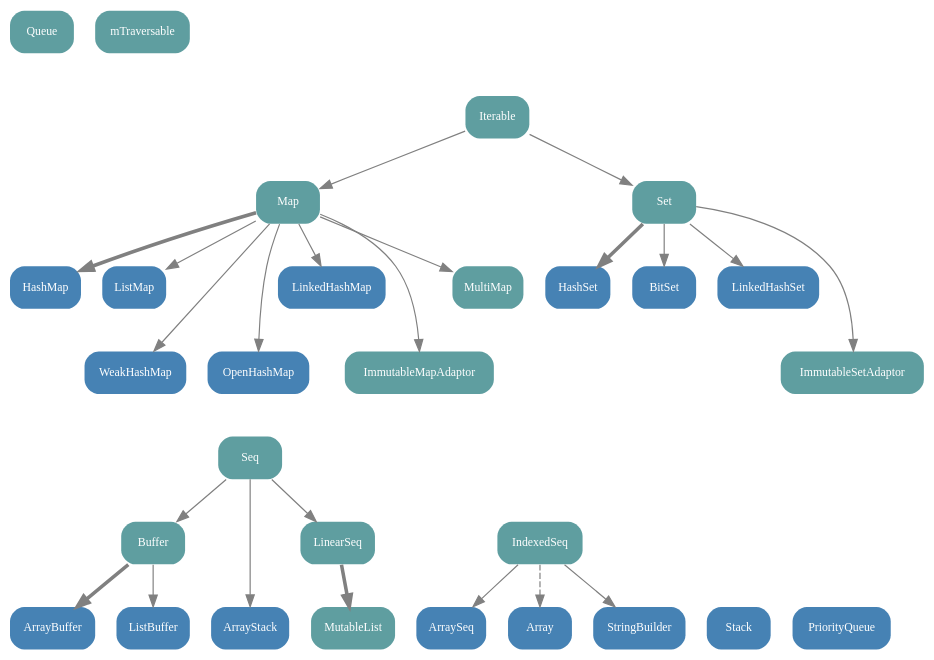
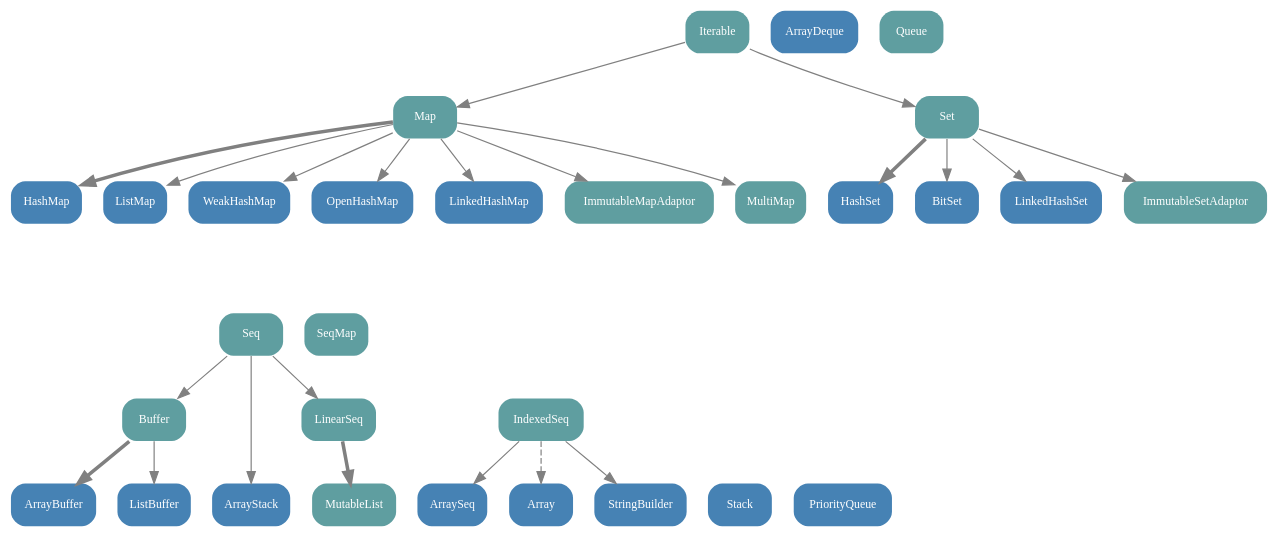
Before and after one commit to er1c/scala-collections-charts: the diagram in src/scala.collection.mutable.gv, drawn with Graphviz. The commit also changed 4 other files, not shown here.

```diff
--- a/src/scala.collection.mutable.gv
+++ b/src/scala.collection.mutable.gv
@@ -1,76 +1,79 @@
 // dot graphs for the Scala 2.13 Collections API
 // package scala.collection.mutable
 // (C) 2010 by Mathias
+// (C) 2015 and 2019 by Mike Slinn
 
+// Traversable removed because it was deprecated in Scala 2.13
 digraph "scala.collection.mutable" {
   bgcolor=transparent
   dpi=68
 
   // layout help
   node [shape=point, style=invis]
   edge [style=invis]
   Level0 -> Level1 -> Level2 -> Level3 -> Level4 -> Level5 -> Level6 -> Level7 -> Level8 -> Level9
 
   // node definitions
   node [shape=box, style="rounded, filled", fontname=tahoma, fontsize=10, fontcolor=white, color=none, fillcolor=cadetblue]
   mIterable [label="Iterable", URL="http://www.scala-lang.org/api/current/scala/collection/mutable/Iterable.html"]
     mMap [label="Map", URL="http://www.scala-lang.org/api/current/scala/collection/mutable/Map.html"]
       mHashMap [fillcolor="steelblue", label="HashMap", URL="http://www.scala-lang.org/api/current/scala/collection/mutable/HashMap.html"]
       mListMap [fillcolor="steelblue", label="HashMap", URL="http://www.scala-lang.org/api/current/scala/collection/mutable/ListMap.html"]
       WeakHashMap [fillcolor="steelblue", URL="http://www.scala-lang.org/api/current/scala/collection/mutable/WeakHashMap.html"]
       OpenHashMap [fillcolor="steelblue", URL="http://www.scala-lang.org/api/current/scala/collection/mutable/OpenHashMap.html"]
-      LinkedHashMap [fillcolor="steelblue",URL="http://www.scala-lang.org/api/current/scala/collection/mutable/LinkedHashMap.html"]
       mListMap [fillcolor="steelblue", label="ListMap", URL="http://www.scala-lang.org/api/current/scala/collection/mutable/ListMap.html"]
     mSeq [label="Seq", URL="http://www.scala-lang.org/api/current/scala/collection/mutable/Seq.html"]
       mIndexedSeq [label="IndexedSeq", URL="http://www.scala-lang.org/api/current/scala/collection/mutable/IndexedSeq.html"]
         ArrayBuffer [fillcolor="steelblue", URL="http://www.scala-lang.org/api/current/scala/collection/mutable/ArrayBuffer.html"] // also a Buffer
+        ArrayDeque [fillcolor="steelblue", URL="http://www.scala-lang.org/api/current/scala/collection/mutable/ArrayDeque.html"]
         ArraySeq [fillcolor="steelblue", URL="http://www.scala-lang.org/api/current/scala/collection/mutable/ArraySeq.html"]
         Array [fillcolor="steelblue", URL="http://www.scala-lang.org/api/current/scala/Array.html"]
         StringBuilder [fillcolor="steelblue", URL="http://www.scala-lang.org/api/current/scala/collection/mutable/StringBuilder.html"]
       Buffer [URL="http://www.scala-lang.org/api/current/scala/collection/mutable/Buffer.html"]
         ListBuffer [fillcolor="steelblue", URL="http://www.scala-lang.org/api/current/scala/collection/mutable/ListBuffer.html"]
       mStack [fillcolor="steelblue", label="Stack", URL="http://www.scala-lang.org/api/current/scala/collection/mutable/Stack.html"]
       ArrayStack [fillcolor="steelblue", URL="http://www.scala-lang.org/api/current/scala/collection/mutable/ArrayStack.html"]
       PriorityQueue [fillcolor="steelblue", URL="http://www.scala-lang.org/api/current/scala/collection/mutable/PriorityQueue.html"]
         mLinearSeq [label="LinearSeq", URL="http://www.scala-lang.org/api/current/scala/collection/immutable/LinearSeq.html"]
           mQueue [label="Queue", URL="http://www.scala-lang.org/api/current/scala/collection/mutable/Queue.html"]
+    mSeqMap [label="SeqMap", URL="http://www.scala-lang.org/api/current/scala/collection/mutable/SeqMap.html"]
+      LinkedHashMap [fillcolor="steelblue", label="LinkedHashMap", URL="http://www.scala-lang.org/api/current/scala/collection/mutable/LinkedHashMap.html"]
     mSet [label="Set", URL="http://www.scala-lang.org/api/current/scala/collection/mutable/Set.html"]
       mHashSet [fillcolor="steelblue", label="HashSet", URL="http://www.scala-lang.org/api/current/scala/collection/mutable/HashSet.html"]
       mBitSet [fillcolor="steelblue", label="BitSet", URL="http://www.scala-lang.org/api/current/scala/collection/mutable/BitSet.html"]
       LinkedHashSet [fillcolor="steelblue", URL="http://www.scala-lang.org/api/current/scala/collection/mutable/LinkedHashSet.html"]
 
   // layout help
-  { rank=same; Level0; mTraversable }
-  { rank=same; Level1; mIterable }
-  { rank=same; Level2; mSet; mMap }
+  { rank=same; Level0; mIterable }
+  { rank=same; Level1; mSet; mMap }
+  { rank=same; Level2; WeakHashMap; OpenHashMap; ImmutableMapAdaptor; LinkedHashMap; ImmutableSetAdaptor }
   { rank=same; Level3; }
-  { rank=same; Level4; ImmutableSetAdaptor; WeakHashMap; OpenHashMap; ImmutableMapAdaptor }
-  { rank=same; Level5; mSeq }
-  { rank=same; Level6; }
-  { rank=same; Level7; ArraySeq; mStack; ArrayStack; PriorityQueue }
+  { rank=same; Level4; mSeq; mSeqMap }
+  { rank=same; Level5; }
+  { rank=same; Level6; ArraySeq; mStack; ArrayStack; PriorityQueue }
 
   // edge definitions
   edge [style=solid, color=gray]
   mIndexedSeq -> ArraySeq
   mIndexedSeq -> Array [style=dashed, URL="http://www.scala-lang.org/api/current/scala/collection/mutable/ArrayOps.html"]
   mIndexedSeq -> StringBuilder
   mSeq -> mLinearSeq
   mLinearSeq -> MutableList [penwidth=3]
   mSeq -> Buffer
   Buffer -> ArrayBuffer [penwidth=3]
   Buffer -> ListBuffer
   mSeq -> ArrayStack
   mIterable -> mSet
   mSet -> mHashSet [penwidth=3]
   mSet -> mBitSet
   mSet -> LinkedHashSet
   mSet -> ImmutableSetAdaptor
   mIterable -> mMap
   mMap -> mHashMap [penwidth=3]
   mMap -> WeakHashMap
   mMap -> OpenHashMap
   mMap -> LinkedHashMap
   mMap -> mListMap
   mMap -> MultiMap
   mMap -> ImmutableMapAdaptor
 }
```
